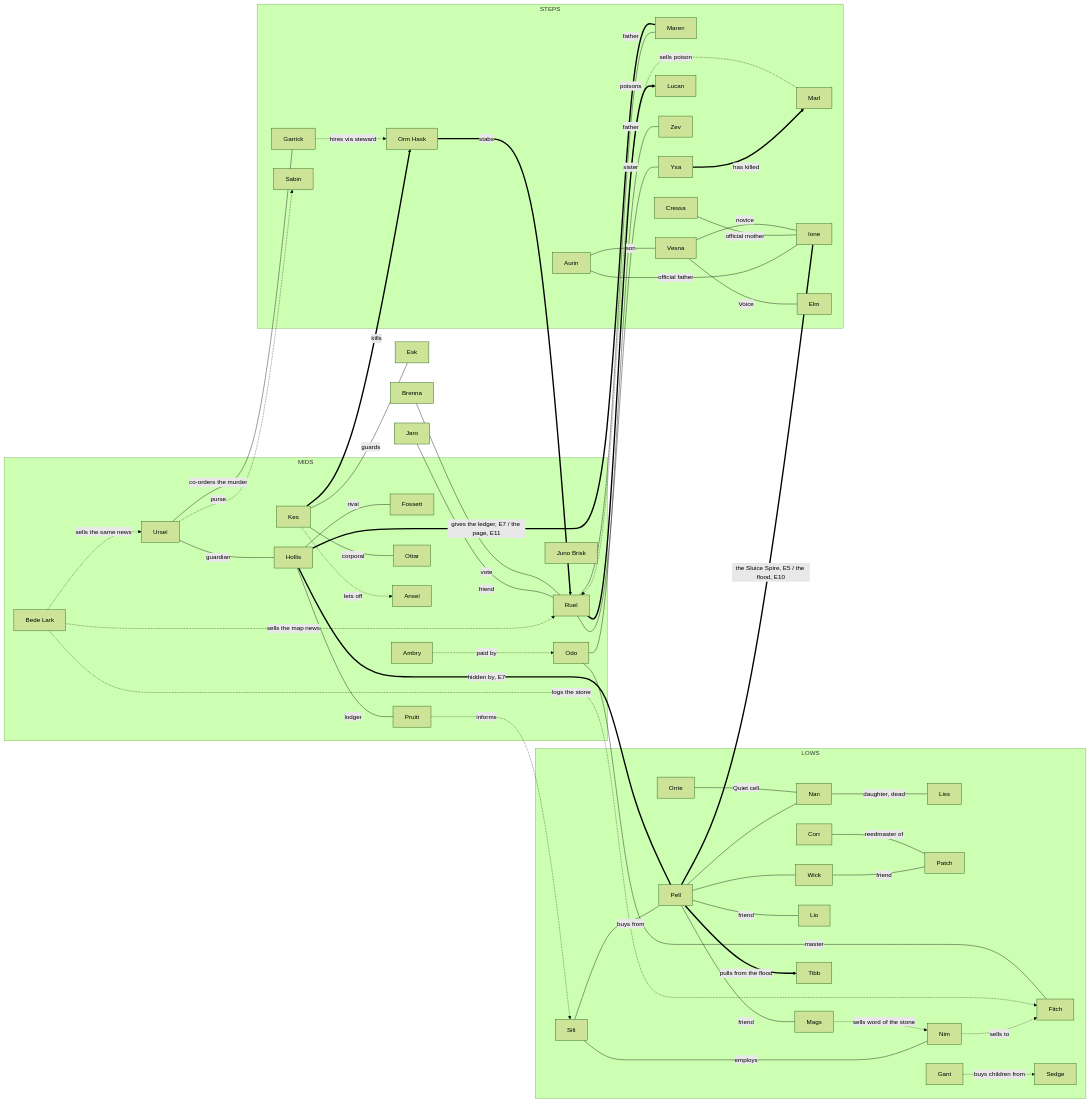
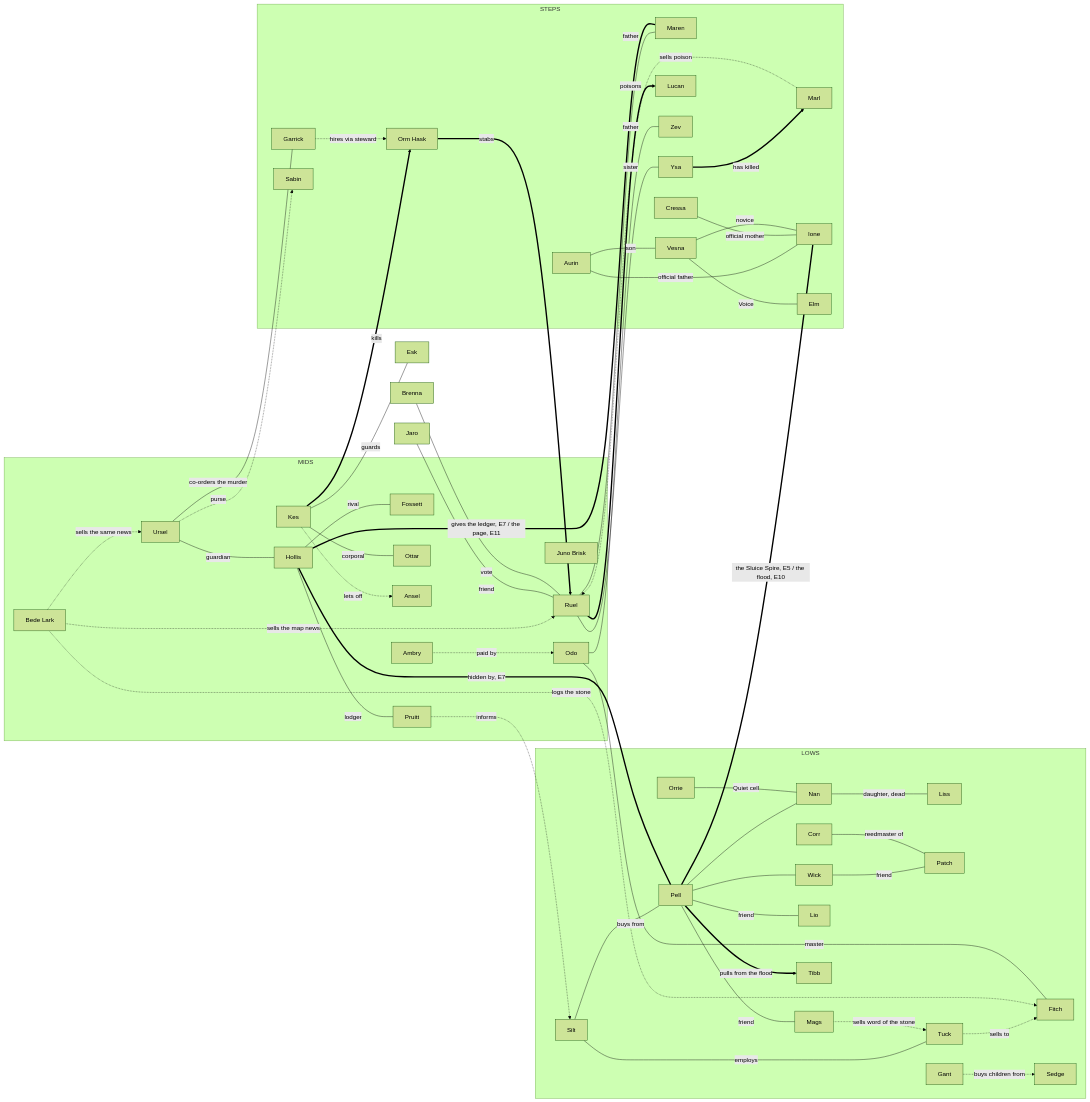
Before and after one commit to FeamAir/my_work: the diagram in studio/story/characters/relationships_s1.md, drawn with Mermaid (forest theme). The commit also changed other lines of this file and 55 other files, not shown here.

````diff
--- a/studio/story/characters/relationships_s1.md
+++ b/studio/story/characters/relationships_s1.md
@@ -7,57 +9,57 @@
 ```mermaid
 graph LR
   subgraph LOWS
     Pell --- Wick
     Pell --- Nan
     Nan ---|daughter, dead| Liss
     Pell ---|friend| Mags
     Pell ---|friend| Lio
     Wick ---|friend| Patch
     Corr ---|reedmaster of| Patch
-    Silt ---|employs| Nim
+    Silt ---|employs| Tuck
     Silt ---|buys from| Pell
-    Mags -.->|sells word of the stone| Nim
-    Nim -.->|sells to| Fitch
+    Mags -.->|sells word of the stone| Tuck
+    Tuck -.->|sells to| Fitch
     Gant -.->|buys children from| Sedge
     Orrie ---|Quiet cell| Nan
     Pell ==>|pulls from the flood| Tibb
   end
   subgraph MIDS
     Hollis ---|rival| Fossett
     Hollis ---|lodger| Pruitt
     Pruitt -.->|informs| Silt
     Bede[Bede Lark] -.->|sells the map news| Ruel
     Bede -.->|sells the same news| Ursel
     Bede -.->|logs the stone| Fitch
     Kes ---|corporal| Ottar
     Kes -.->|lets off| Ansel
     Juno[Juno Brisk]
     Ambry -.->|paid by| Odo
   end
   subgraph STEPS
     Ruel ---|father| Maren
     Ruel ---|sister| Ysa
     Ursel ---|guardian| Hollis
     Ursel ---|co-orders the murder| Garrick
     Garrick -.->|hires via steward| Orm[Orm Hask]
     Orm ==>|stabs| Ruel
     Kes ==>|kills| Orm
     Ruel ==>|poisons| Lucan
     Marl -.->|sells poison| Ruel
     Ysa ==>|has killed| Marl
     Odo ---|father| Zev
     Odo ---|master| Fitch
     Aurin ---|son| Vesna
     Aurin ---|official father| Ione
     Cressa ---|official mother| Ione
     Vesna ---|Voice| Elm
     Vesna ---|novice| Ione
     Ursel -.->|purse| Sabin
   end
   Pell ===|the Sluice Spire, E5 / the flood, E10| Ione
   Hollis ===|hidden by, E7| Pell
   Hollis ===|gives the ledger, E7 / the page, E11| Maren
   Kes ---|guards| Esk
   Jaro ---|friend| Ruel
   Brenna ---|vote| Ruel
 ```
````
